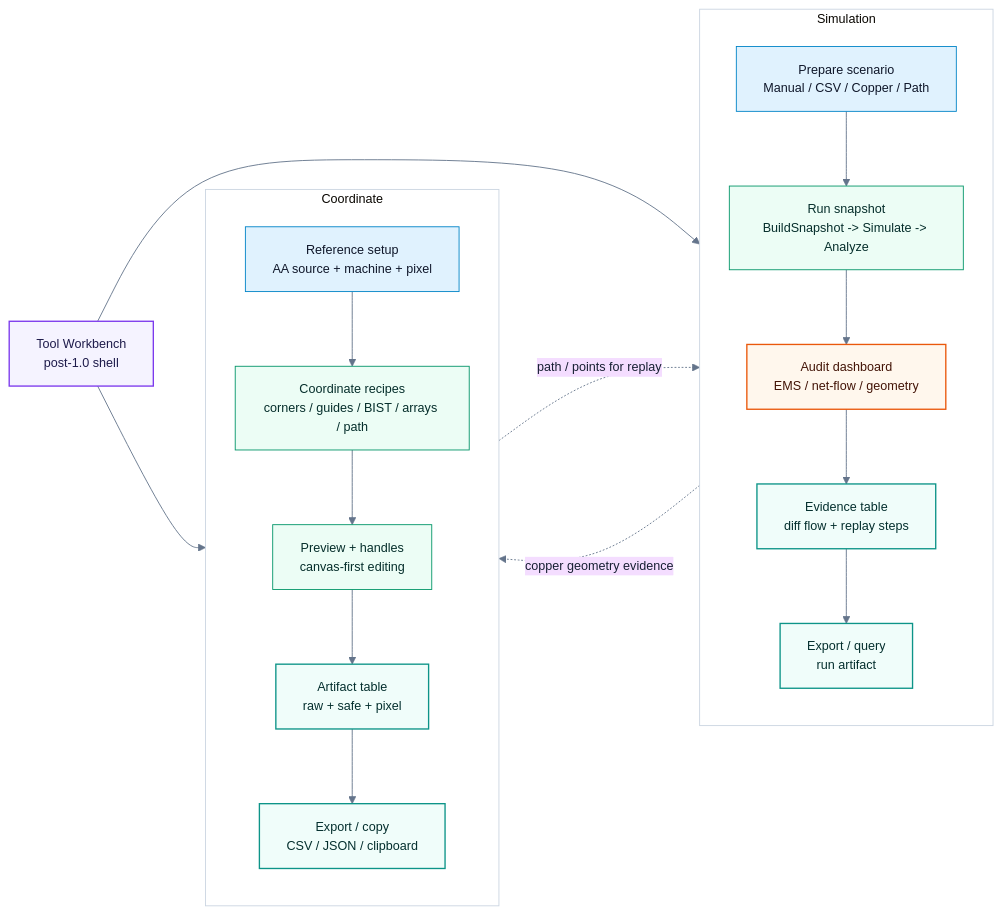
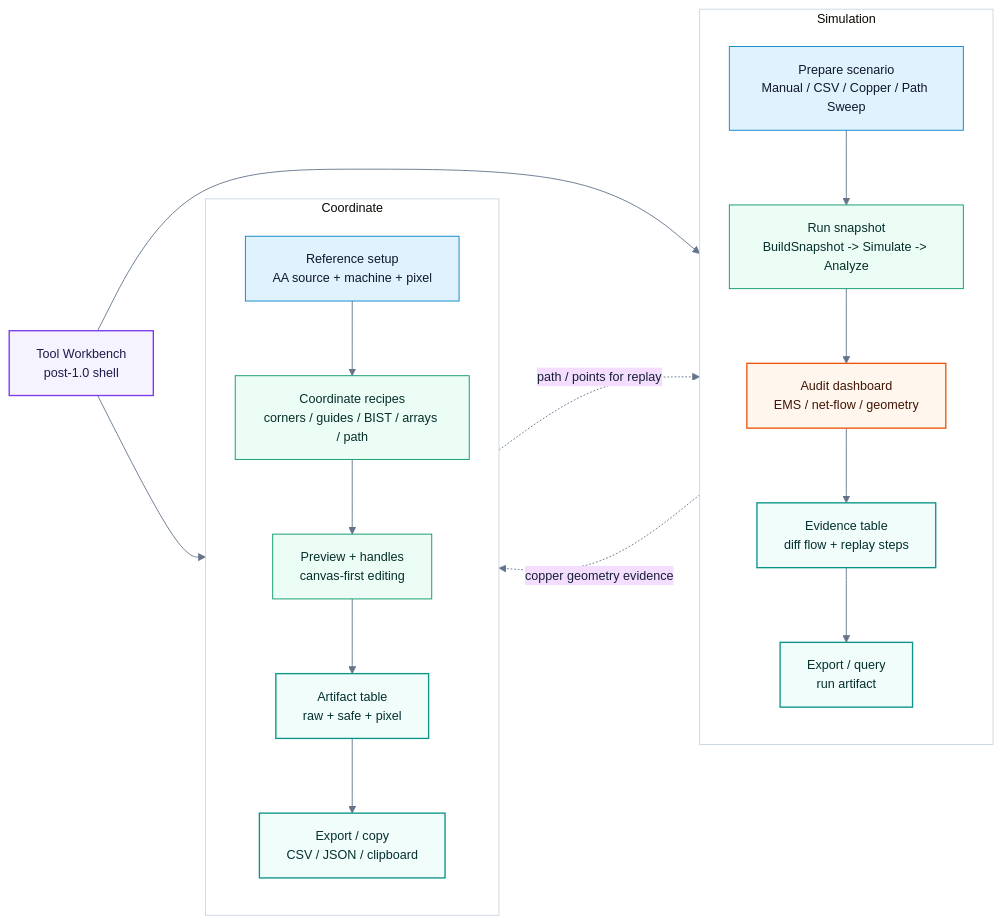
One commit to Dennis40816/nvt-freeform-helper changed the diagram in docs/guides/post-1.0-tool-workbench-redesign-plan-2026-04-30.md. Above: the diagram before and after it, drawn with Mermaid. The commit also changed other lines of this file and 34 other files, not shown here.

````diff
--- a/docs/guides/post-1.0-tool-workbench-redesign-plan-2026-04-30.md
+++ b/docs/guides/post-1.0-tool-workbench-redesign-plan-2026-04-30.md
@@ -87,34 +87,34 @@
 ```mermaid
 %%{init: {"theme": "base", "flowchart": {"curve": "basis", "htmlLabels": true, "nodeSpacing": 46, "rankSpacing": 58}, "themeVariables": {"fontFamily": "Inter, Segoe UI, Noto Sans TC, Arial, sans-serif", "fontSize": "14px", "primaryTextColor": "#172033", "lineColor": "#64748B", "clusterBkg": "#FFFFFF", "clusterBorder": "#CBD5E1"}}}%%
 flowchart LR
     TOOL["Tool Workbench<br/>post-1.0 shell"]:::shell
 
     subgraph SIM["Simulation"]
         direction TB
-        S1["Prepare scenario<br/>Manual / CSV / Copper / Path"]:::input
+        S1["Prepare scenario<br/>Manual / CSV / Copper / Path Sweep"]:::input
         S2["Run snapshot<br/>BuildSnapshot -> Simulate -> Analyze"]:::compute
         S3["Audit dashboard<br/>EMS / net-flow / geometry"]:::gate
         S4["Evidence table<br/>diff flow + replay steps"]:::artifact
         S5["Export / query<br/>run artifact"]:::artifact
     end
 
     subgraph COORD["Coordinate"]
         direction TB
         C1["Reference setup<br/>AA source + machine + pixel"]:::input
         C2["Coordinate recipes<br/>corners / guides / BIST / arrays / path"]:::compute
         C3["Preview + handles<br/>canvas-first editing"]:::compute
         C4["Artifact table<br/>raw + safe + pixel"]:::artifact
         C5["Export / copy<br/>CSV / JSON / clipboard"]:::artifact
     end
 
     TOOL --> S1 --> S2 --> S3 --> S4 --> S5
     TOOL --> C1 --> C2 --> C3 --> C4 --> C5
     S4 -. "copper geometry evidence" .-> C2
     C4 -. "path / points for replay" .-> S1
 
     classDef shell fill:#F5F3FF,stroke:#7C3AED,color:#1E1B4B,stroke-width:1.5px;
     classDef input fill:#E0F2FE,stroke:#0284C7,color:#0F172A;
     classDef compute fill:#ECFDF5,stroke:#059669,color:#052E2B;
     classDef gate fill:#FFF7ED,stroke:#EA580C,color:#431407,stroke-width:1.5px;
     classDef artifact fill:#F0FDFA,stroke:#0D9488,color:#042F2E,stroke-width:1.5px;
 ```
````
